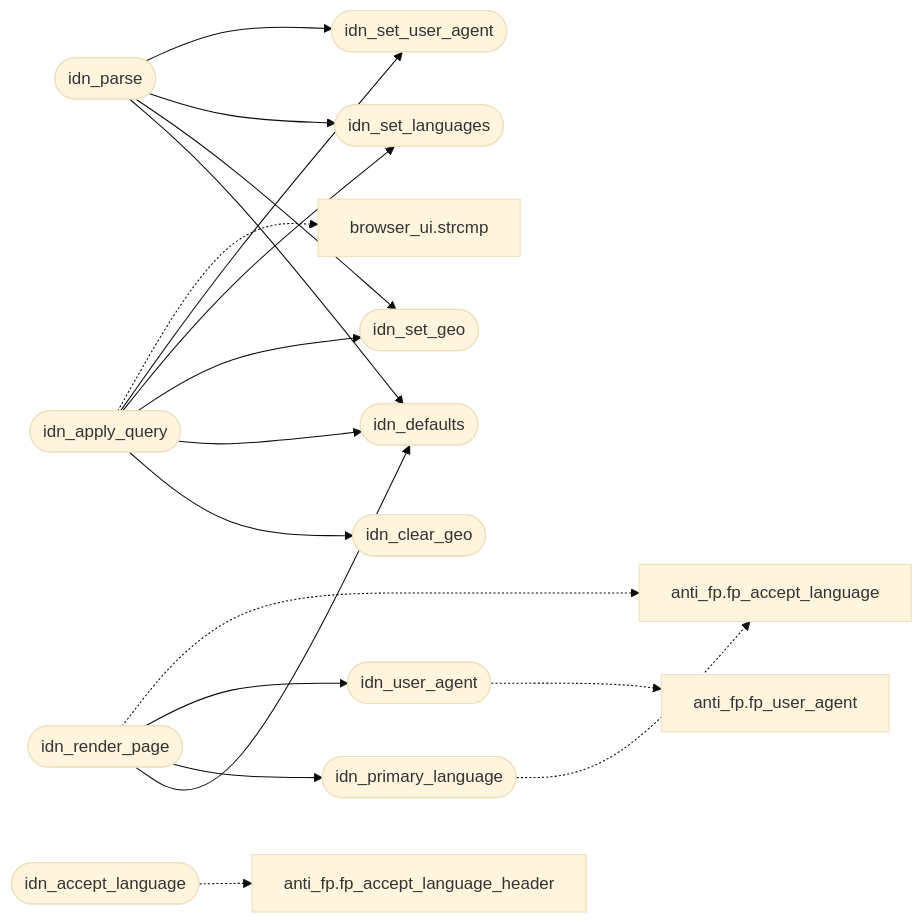
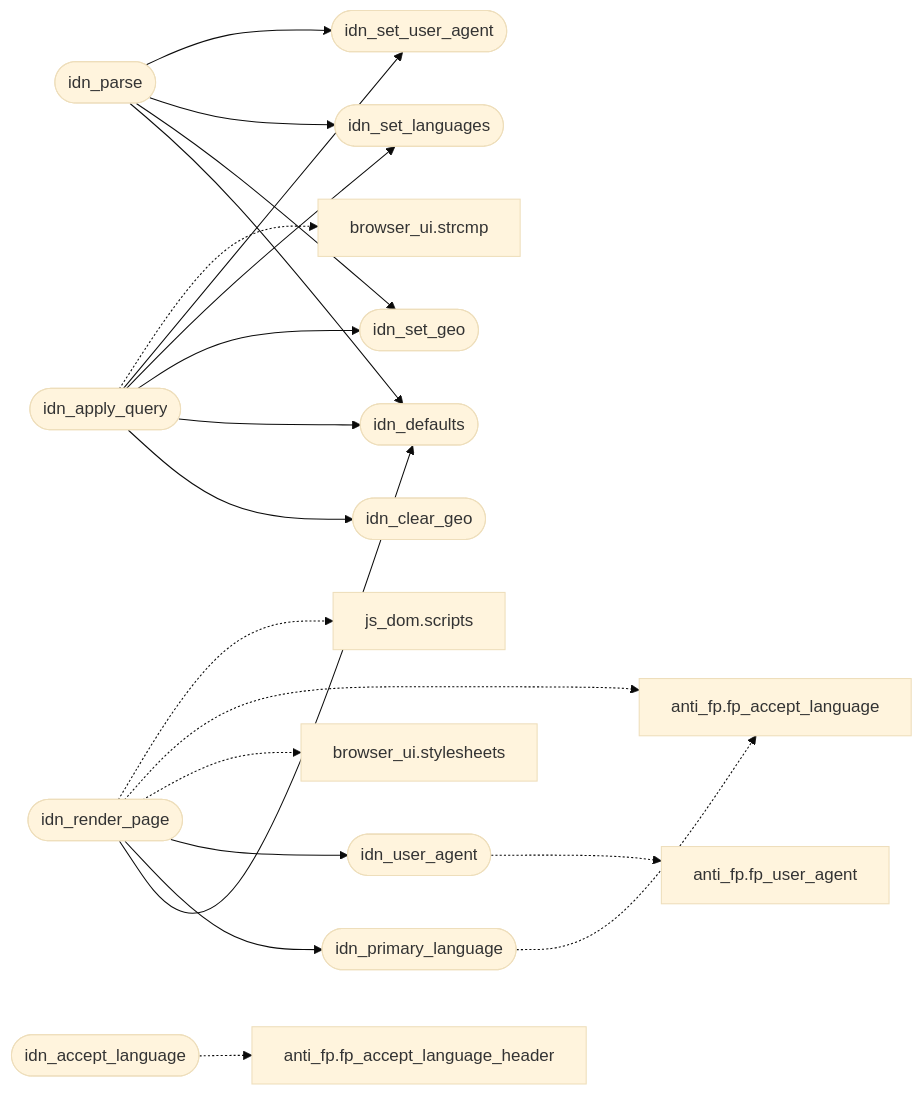
Before and after one commit to grisuno/FreeDom: the diagram in readmenator-apidocs/modules/src.identity.c.md, drawn with Mermaid (base theme). The commit also changed other lines of this file and 263 other files, not shown here.

````diff
--- a/readmenator-apidocs/modules/src.identity.c.md
+++ b/readmenator-apidocs/modules/src.identity.c.md
@@ -14,35 +14,39 @@
 ```mermaid
 flowchart LR
     n_src_identity_c__idn_parse(["idn_parse"])
     n_src_identity_c__idn_defaults(["idn_defaults"])
     n_src_identity_c__idn_set_geo(["idn_set_geo"])
     n_src_identity_c__idn_set_languages(["idn_set_languages"])
     n_src_identity_c__idn_set_user_agent(["idn_set_user_agent"])
     n_src_identity_c__idn_apply_query(["idn_apply_query"])
     n_src_identity_c__idn_clear_geo(["idn_clear_geo"])
     n_src_identity_c__idn_render_page(["idn_render_page"])
     n_src_identity_c__idn_primary_language(["idn_primary_language"])
     n_src_identity_c__idn_user_agent(["idn_user_agent"])
     n_include_anti_fp_h__fp_user_agent["anti_fp.fp_user_agent"]
     n_src_identity_c__idn_accept_language(["idn_accept_language"])
     n_include_anti_fp_h__fp_accept_language_header["anti_fp.fp_accept_language_header"]
     n_include_anti_fp_h__fp_accept_language["anti_fp.fp_accept_language"]
     n_gui_browser_ui_c__strcmp["browser_ui.strcmp"]
+    n_gui_browser_ui_c__stylesheets["browser_ui.stylesheets"]
+    n_src_js_dom_c__scripts["js_dom.scripts"]
     n_src_identity_c__idn_parse --> n_src_identity_c__idn_defaults
     n_src_identity_c__idn_parse --> n_src_identity_c__idn_set_geo
     n_src_identity_c__idn_parse --> n_src_identity_c__idn_set_languages
     n_src_identity_c__idn_parse --> n_src_identity_c__idn_set_user_agent
     n_src_identity_c__idn_apply_query --> n_src_identity_c__idn_clear_geo
     n_src_identity_c__idn_apply_query --> n_src_identity_c__idn_defaults
     n_src_identity_c__idn_apply_query --> n_src_identity_c__idn_set_geo
     n_src_identity_c__idn_apply_query --> n_src_identity_c__idn_set_languages
     n_src_identity_c__idn_apply_query --> n_src_identity_c__idn_set_user_agent
     n_src_identity_c__idn_render_page --> n_src_identity_c__idn_defaults
     n_src_identity_c__idn_render_page --> n_src_identity_c__idn_primary_language
     n_src_identity_c__idn_render_page --> n_src_identity_c__idn_user_agent
     n_src_identity_c__idn_user_agent -.-> n_include_anti_fp_h__fp_user_agent
     n_src_identity_c__idn_accept_language -.-> n_include_anti_fp_h__fp_accept_language_header
     n_src_identity_c__idn_primary_language -.-> n_include_anti_fp_h__fp_accept_language
     n_src_identity_c__idn_apply_query -.-> n_gui_browser_ui_c__strcmp
+    n_src_identity_c__idn_render_page -.-> n_gui_browser_ui_c__stylesheets
     n_src_identity_c__idn_render_page -.-> n_include_anti_fp_h__fp_accept_language
+    n_src_identity_c__idn_render_page -.-> n_src_js_dom_c__scripts
 ```
````
